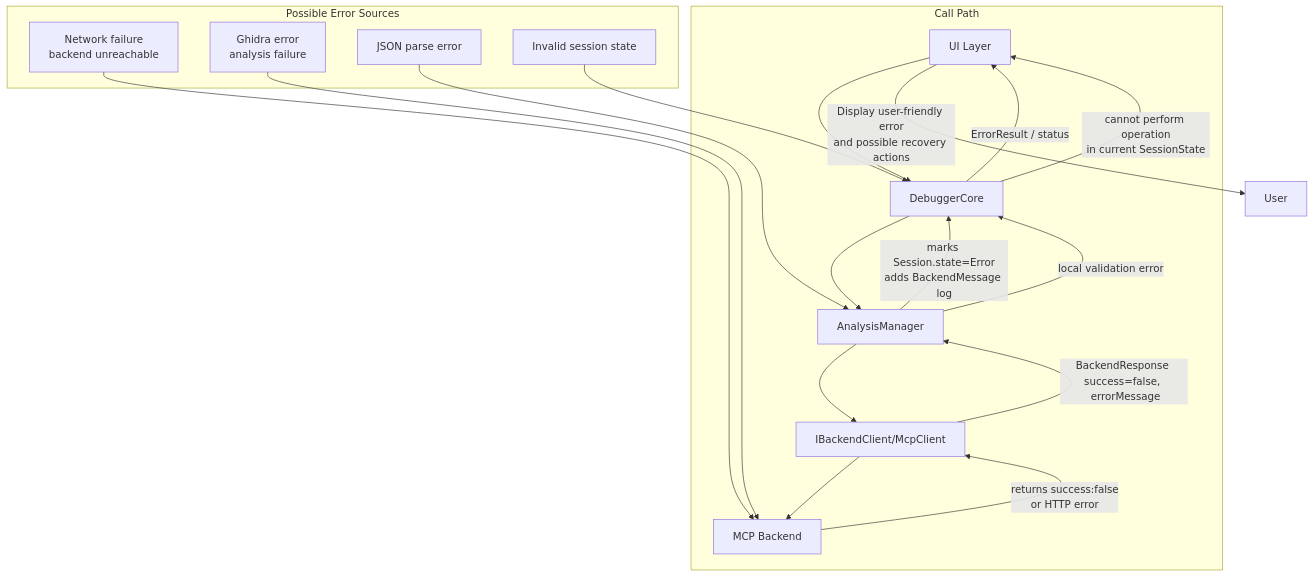
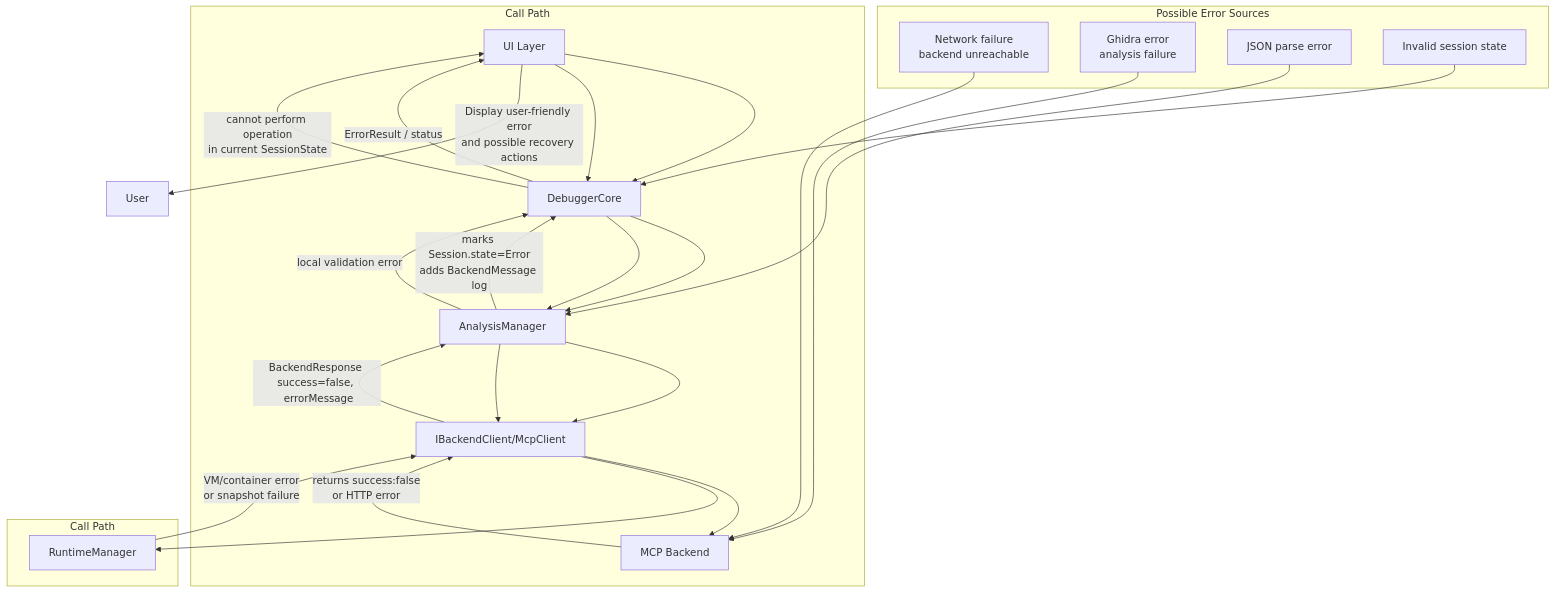
The diagram in docs/Diagrams/Core/error_flow.md (Huraharah/guardAIn_Debugger), drawn with Mermaid before and after one commit. The commit also changed 54 other files, not shown here.

Commit message:
template fixing, more diagrams

````diff
--- a/docs/Diagrams/Core/error_flow.md
+++ b/docs/Diagrams/Core/error_flow.md
@@ -1,28 +1,32 @@
 ```mermaid
 flowchart TD
-    subgraph CallStack[Call Path]
+    subgraph CallStackMCP[Call Path]
         UI[UI Layer] --> DC[DebuggerCore] --> AM[AnalysisManager] --> IBC[IBackendClient/McpClient] --> MCP[MCP Backend]
+    end
+    subgraph CallStackRuntime[Call Path]
+        UI --> DC --> AM --> IBC --> RT[RuntimeManager]
     end
 
     subgraph ErrorSources[Possible Error Sources]
         ES1[Network failure \n backend unreachable]
         ES2[Ghidra error \n analysis failure]
         ES3[JSON parse error]
         ES4[Invalid session state]
     end
 
     ES1 --> MCP
     ES2 --> MCP
     ES3 --> AM
     ES4 --> DC
 
     MCP -->|returns success:false\nor HTTP error| IBC
+    RT -->|VM/container error\nor snapshot failure| IBC
     IBC -->|BackendResponse success=false, \n errorMessage| AM
     AM -->|marks Session.state=Error\nadds BackendMessage log | DC
     DC -->|ErrorResult / status| UI
     UI -->|Display user-friendly error\nand possible recovery actions| User
 
     %% Local core errors
     AM -->|local validation error| DC
     DC -->|cannot perform operation\nin current SessionState| UI
 ```
````
